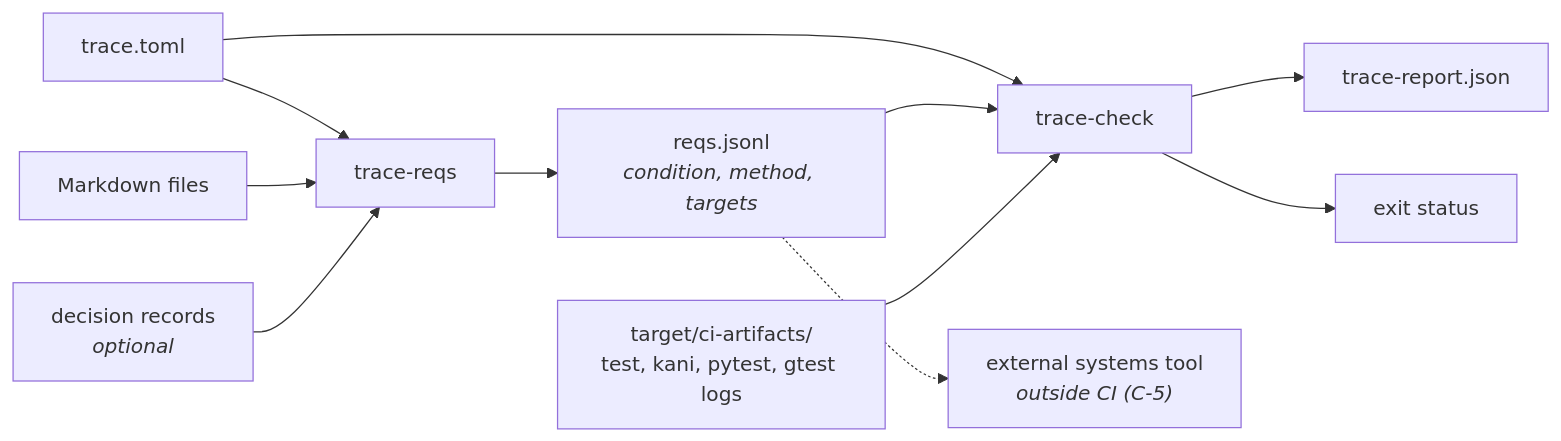
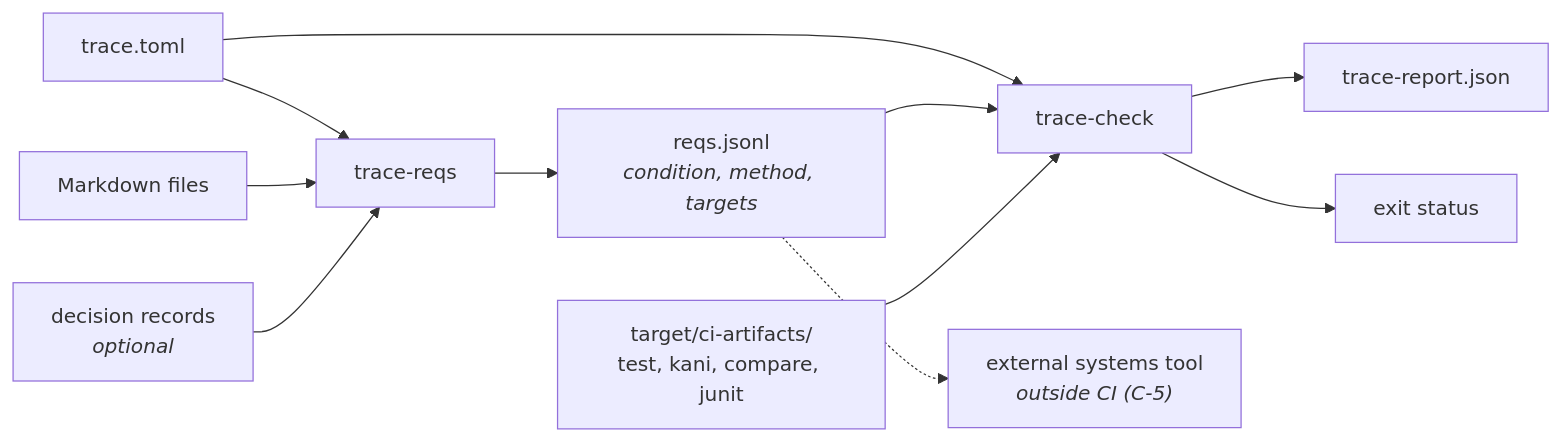
The first of 2 diagrams in documentation/vv/requirement-traceability-design.md (Dyse-Industries/control-rs), drawn with Mermaid before and after one commit. The commit also changed other lines of this file and 10 other files, not shown here.

First line of the commit message:
ci(trace): overhaul verification methods to structured compare and junit

````diff
--- a/documentation/vv/requirement-traceability-design.md
+++ b/documentation/vv/requirement-traceability-design.md
@@ -262,13 +264,13 @@
 ```mermaid
 flowchart LR
     Cfg["trace.toml"] --> TR
     Cfg --> TC
     Docs["Markdown files"] --> TR["trace-reqs"]
     Dec["decision records<br/><i>optional</i>"] --> TR
     TR --> RJ["reqs.jsonl<br/><i>condition, method, targets</i>"]
     RJ --> TC["trace-check"]
-    Logs["target/ci-artifacts/<br/>test, kani, pytest, gtest logs"] --> TC
+    Logs["target/ci-artifacts/<br/>test, kani, compare, junit"] --> TC
     TC --> Rep["trace-report.json"]
     TC --> Exit["exit status"]
     RJ -.-> Ext["external systems tool<br/><i>outside CI (C-5)</i>"]
 ```
````
